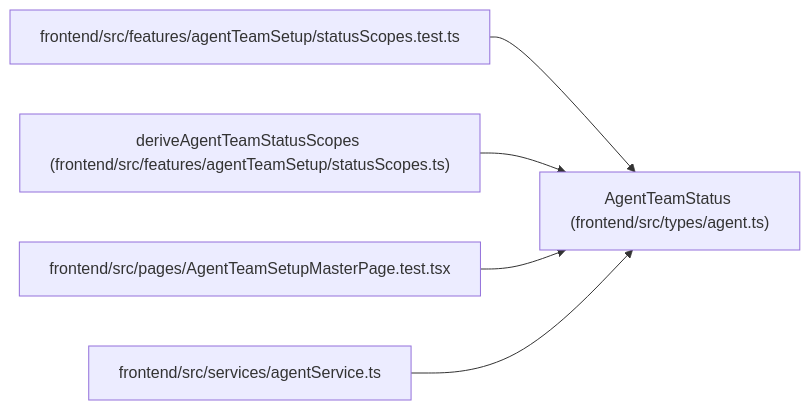
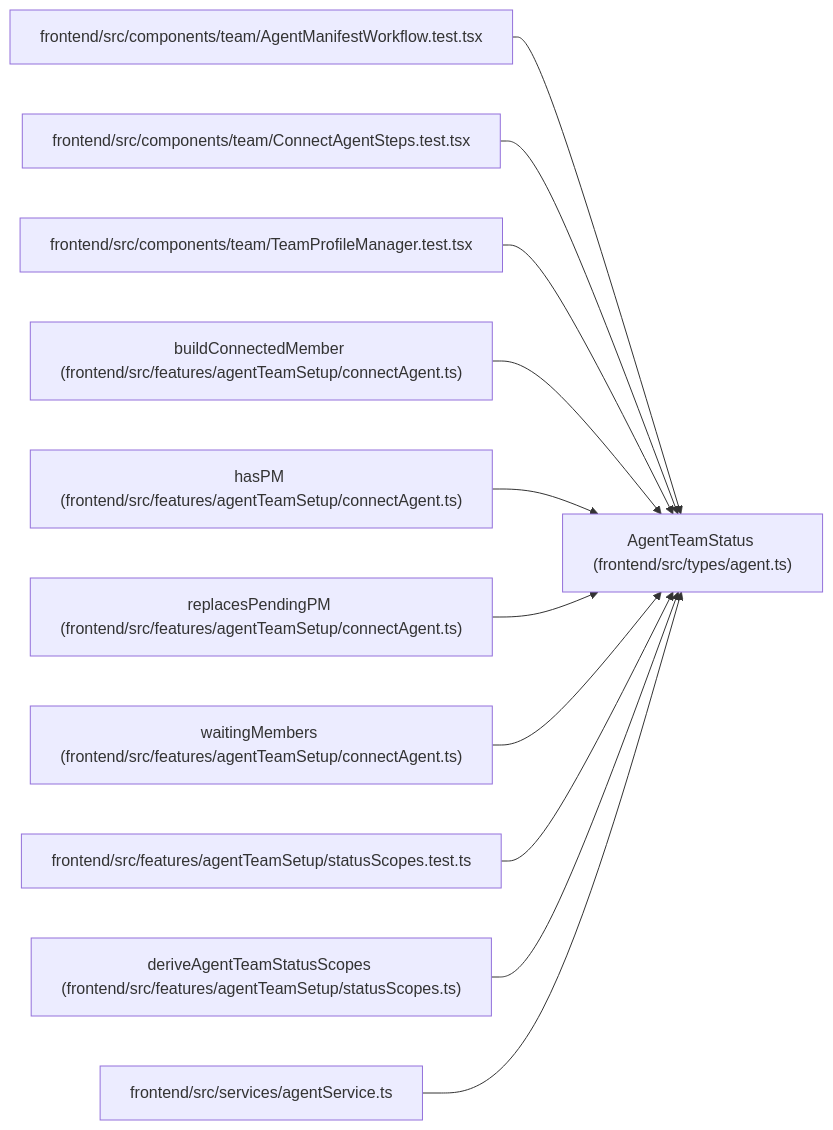
Before and after one commit to Denissvgn/WorkChord: the diagram in docs/llm_wiki/entities/AgentTeamStatus.md, drawn with Mermaid. The commit also changed other lines of this file and 2373 other files, not shown here.

````diff
--- a/docs/llm_wiki/entities/AgentTeamStatus.md
+++ b/docs/llm_wiki/entities/AgentTeamStatus.md
@@ -37,17 +37,35 @@
 ```mermaid
 flowchart LR
     n0["AgentTeamStatus (frontend/src/types/agent.ts)"]
-    n1["frontend/src/features/agentTeamSetup/statusScopes.test.ts"]
-    n2["deriveAgentTeamStatusScopes (frontend/src/features/agentTeamSetup/statusScopes.ts)"]
-    n3["frontend/src/pages/AgentTeamSetupMasterPage.test.tsx"]
-    n4["frontend/src/services/agentService.ts"]
+    n1["frontend/src/components/team/AgentManifestWorkflow.test.tsx"]
+    n2["frontend/src/components/team/ConnectAgentSteps.test.tsx"]
+    n3["frontend/src/components/team/TeamProfileManager.test.tsx"]
+    n4["buildConnectedMember (frontend/src/features/agentTeamSetup/connectAgent.ts)"]
+    n5["hasPM (frontend/src/features/agentTeamSetup/connectAgent.ts)"]
+    n6["replacesPendingPM (frontend/src/features/agentTeamSetup/connectAgent.ts)"]
+    n7["waitingMembers (frontend/src/features/agentTeamSetup/connectAgent.ts)"]
+    n8["frontend/src/features/agentTeamSetup/statusScopes.test.ts"]
+    n9["deriveAgentTeamStatusScopes (frontend/src/features/agentTeamSetup/statusScopes.ts)"]
+    n10["frontend/src/services/agentService.ts"]
     n1 --> n0
     n2 --> n0
     n3 --> n0
     n4 --> n0
+    n5 --> n0
+    n6 --> n0
+    n7 --> n0
+    n8 --> n0
+    n9 --> n0
+    n10 --> n0
     click n0 "../modules/types_agent.md"
-    click n1 "../modules/statusScopes.test.md"
-    click n2 "../modules/statusScopes.md"
-    click n3 "../modules/AgentTeamSetupMasterPage.test.md"
-    click n4 "../modules/agentService.md"
+    click n1 "../modules/AgentManifestWorkflow.test.md"
+    click n2 "../modules/ConnectAgentSteps.test.md"
+    click n3 "../modules/TeamProfileManager.test.md"
+    click n4 "../modules/connectAgent.md"
+    click n5 "../modules/connectAgent.md"
+    click n6 "../modules/connectAgent.md"
+    click n7 "../modules/connectAgent.md"
+    click n8 "../modules/statusScopes.test.md"
+    click n9 "../modules/statusScopes.md"
+    click n10 "../modules/agentService.md"
 ```
````
